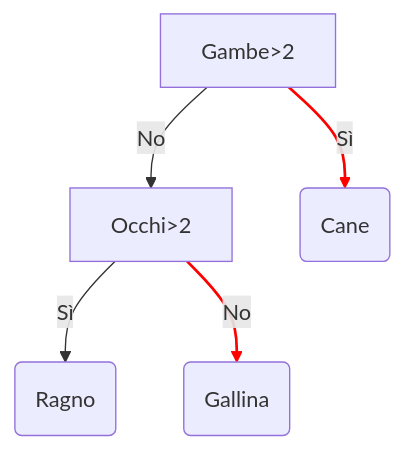
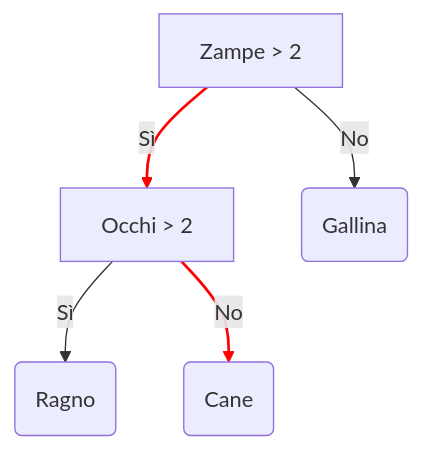
Before and after one commit to anhelus/pcs: the second of 8 diagrams in docs/material/03_ml/06_trees/01_decision_trees.md, drawn with Mermaid. The commit also changed other lines of this file and 9 other files, not shown here.

````diff
--- a/docs/material/03_ml/06_trees/01_decision_trees.md
+++ b/docs/material/03_ml/06_trees/01_decision_trees.md
@@ -42,8 +39,8 @@
 ```mermaid
 flowchart TB
-  A[Gambe>2] -->|No| B[Occhi>2]
-  A -->|Sì| C(Cane)
+  A["Zampe > 2"] -->|Sì| B["Occhi > 2"]
+  A -->|No| C(Gallina)
   B -->|Sì| D(Ragno)
-  B -->|No| E(Gallina)
-  linkStyle 1,3 stroke-width:2px,fill:none,stroke:red;
+  B -->|No| E(Cane)
+  linkStyle 0,3 stroke-width:2px,fill:none,stroke:red;
 ``` 
````
